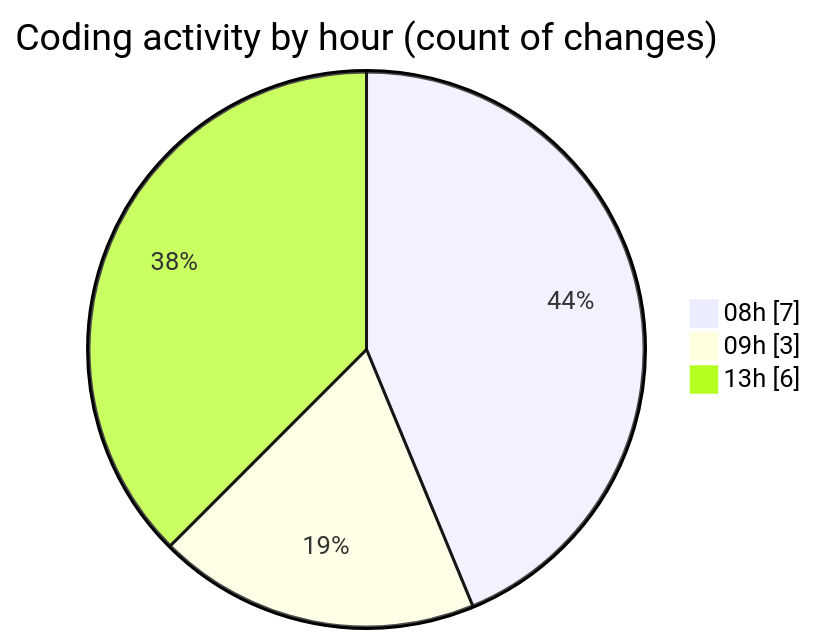
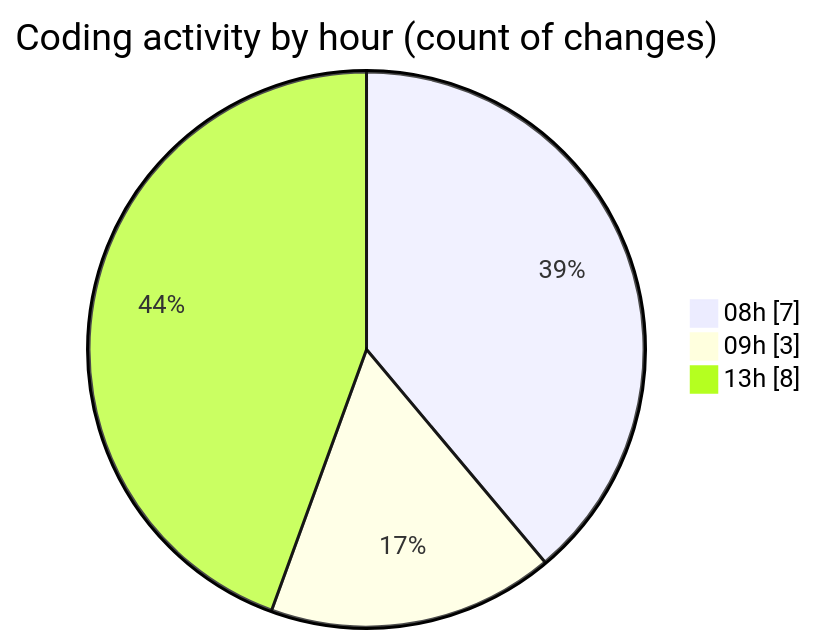
The second of 2 diagrams in 2025-02-27/coding_prac_8/README.md (NitaiMahat/code-tracking), drawn with Mermaid before and after one commit. The commit also changed other lines of this file and 1 other file, not shown here.

````diff
--- a/2025-02-27/coding_prac_8/README.md
+++ b/2025-02-27/coding_prac_8/README.md
@@ -30,7 +31,7 @@
 ```mermaid
 pie showData
 title Coding activity by hour (count of changes)
 "08h" : 7
 "09h" : 3
-"13h" : 6
+"13h" : 8
 ```
````
